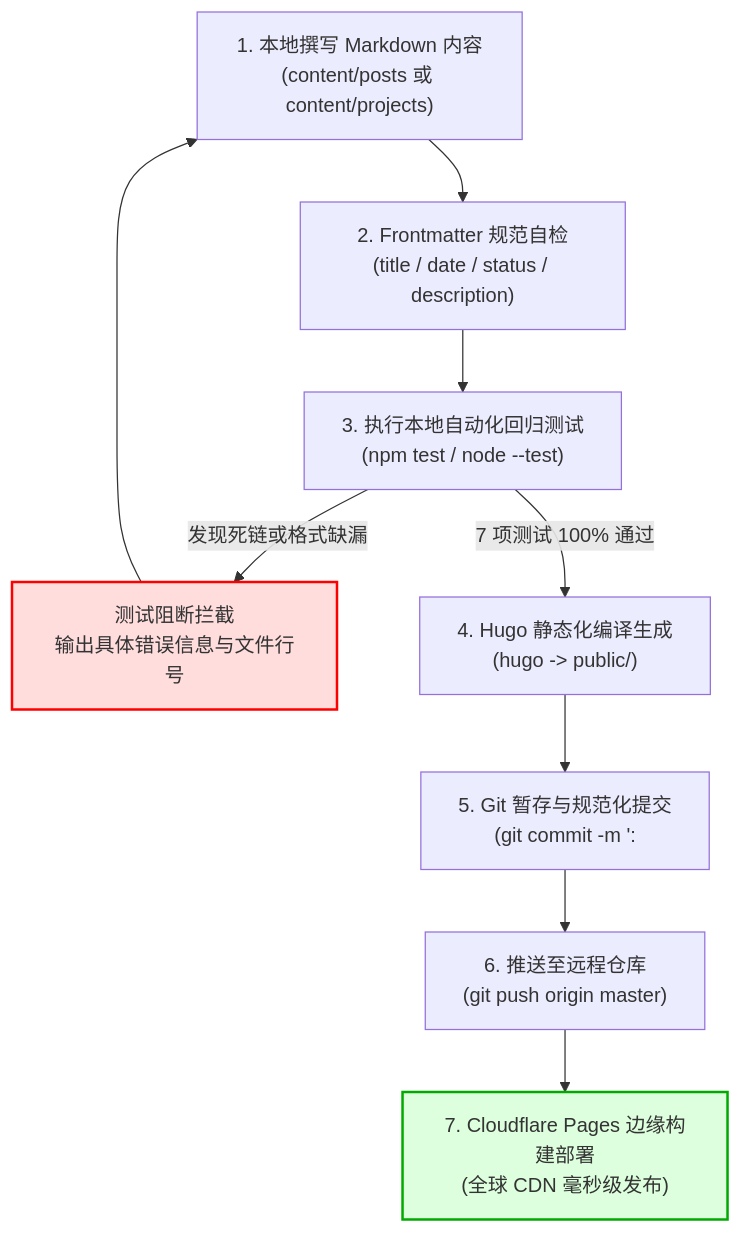
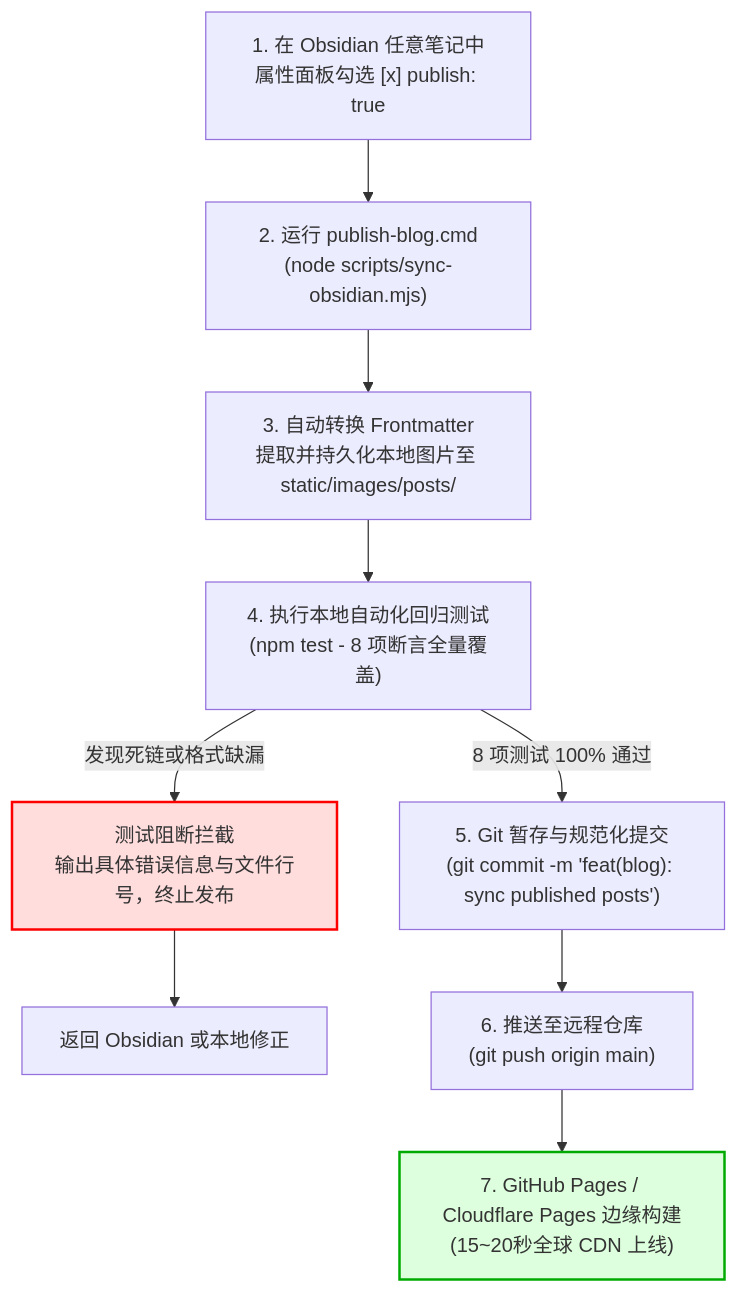
The second of 2 diagrams in 业务逻辑链条.md (illtree/my-site), drawn with Mermaid before and after one commit. The commit also changed other lines of this file and 5 other files, not shown here.

Commit message:
feat(sync): add obsidian checkbox publishing engine and workflow

````diff
--- a/业务逻辑链条.md
+++ b/业务逻辑链条.md
@@ -52,14 +52,14 @@
 ```mermaid
 graph TD
-    A["1. 本地撰写 Markdown 内容<br>(content/posts 或 content/projects)"] --> B["2. Frontmatter 规范自检<br>(title / date / status / description)"]
-    B --> C["3. 执行本地自动化回归测试<br>(npm test / node --test)"]
-    C -->|发现死链或格式缺漏| Fail["测试阻断拦截<br>输出具体错误信息与文件行号"]
-    Fail --> A
-    C -->|7 项测试 100% 通过| D["4. Hugo 静态化编译生成<br>(hugo -> public/)"]
-    D --> E["5. Git 暂存与规范化提交<br>(git commit -m '<type>: <desc>')"]
-    E --> F["6. 推送至远程仓库<br>(git push origin master)"]
-    F --> G["7. Cloudflare Pages 边缘构建部署<br>(全球 CDN 毫秒级发布)"]
+    Obs["1. 在 Obsidian 任意笔记中<br>属性面板勾选 [x] publish: true"] --> Sync["2. 运行 publish-blog.cmd<br>(node scripts/sync-obsidian.mjs)"]
+    Sync --> Extract["3. 自动转换 Frontmatter<br>提取并持久化本地图片至 static/images/posts/"]
+    Extract --> Test["4. 执行本地自动化回归测试<br>(npm test - 8 项断言全量覆盖)"]
+    Test -->|发现死链或格式缺漏| Fail["测试阻断拦截<br>输出具体错误信息与文件行号，终止发布"]
+    Fail --> Fix["返回 Obsidian 或本地修正"]
+    Test -->|8 项测试 100% 通过| Git["5. Git 暂存与规范化提交<br>(git commit -m 'feat(blog): sync published posts')"]
+    Git --> Push["6. 推送至远程仓库<br>(git push origin main)"]
+    Push --> Deploy["7. GitHub Pages / Cloudflare Pages 边缘构建<br>(15~20秒全球 CDN 上线)"]
 
     style Fail fill:#ffdddd,stroke:#ff0000,stroke-width:2px;
-    style G fill:#ddffdd,stroke:#00aa00,stroke-width:2px;
+    style Deploy fill:#ddffdd,stroke:#00aa00,stroke-width:2px;
 ```
````
